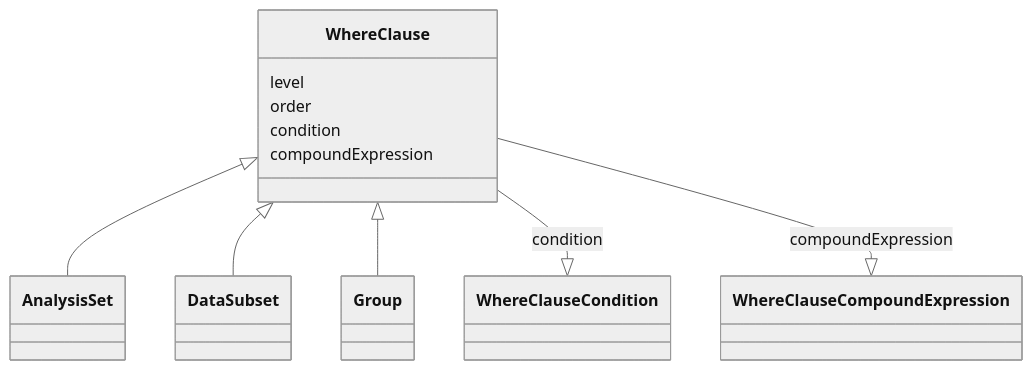
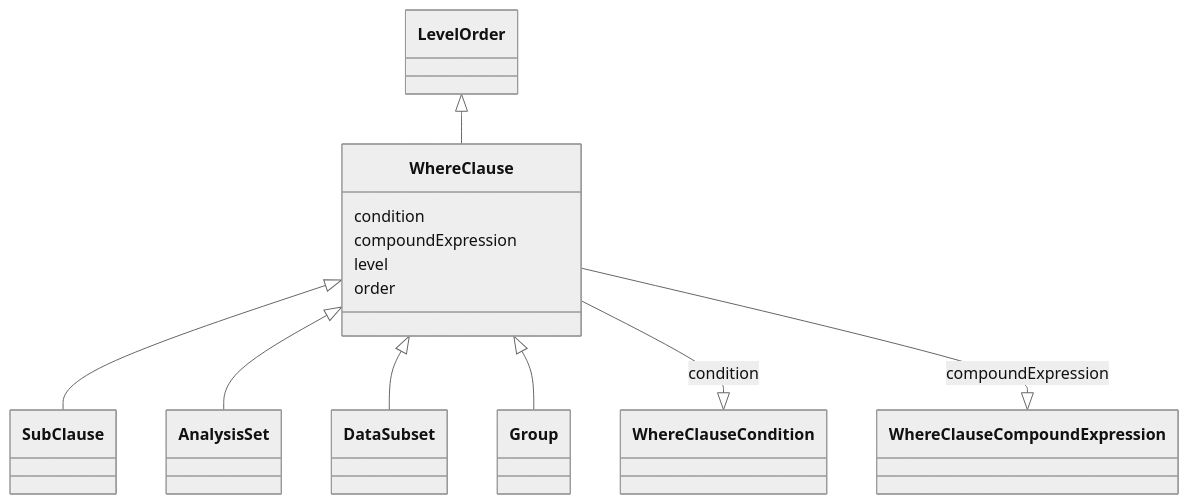
One commit to cdisc-org/analysis-results-standard changed the diagram in project/docs/WhereClause.md. Above: the diagram before and after it, drawn with Mermaid (neutral theme). The commit also changed other lines of this file and 174 other files, not shown here.

````diff
--- a/project/docs/WhereClause.md
+++ b/project/docs/WhereClause.md
@@ -13,14 +12,21 @@
 ```mermaid
  classDiagram
     class WhereClause
+      LevelOrder <|-- WhereClause
+      WhereClause <|-- SubClause
       WhereClause <|-- AnalysisSet
       WhereClause <|-- DataSubset
       WhereClause <|-- Group
-      WhereClause : level        
-        WhereClause : order        
-        WhereClause : condition        
+            
+      WhereClause : condition
         WhereClause --|> WhereClauseCondition : condition
-        WhereClause : compoundExpression        
+        
+      WhereClause : compoundExpression
         WhereClause --|> WhereClauseCompoundExpression : compoundExpression
         
+      WhereClause : level
+        
+      WhereClause : order
+        
+      
 ```
````
